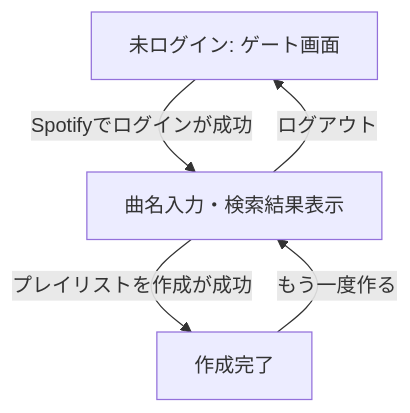
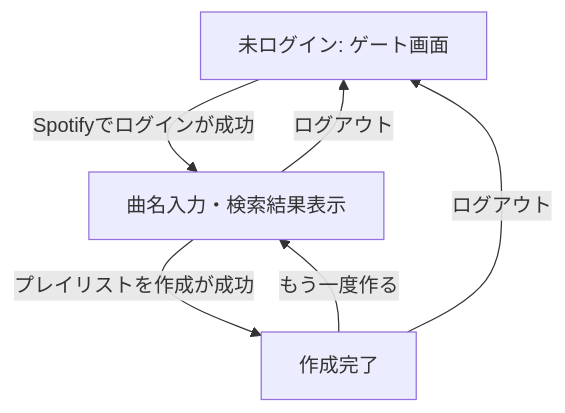
The second of 3 diagrams in specs/spotify-playlist/playlist-create/design.md (zakiyama0108/benriyatool), drawn with Mermaid before and after one commit. The commit also changed other lines of this file and 1 other file, not shown here.

````diff
--- a/specs/spotify-playlist/playlist-create/design.md
+++ b/specs/spotify-playlist/playlist-create/design.md
@@ -133,11 +134,12 @@
 ```mermaid
 flowchart TD
     gate[未ログイン: ゲート画面]
     input[曲名入力・検索結果表示]
     done[作成完了]
 
     gate -->|Spotifyでログインが成功| input
     input -->|ログアウト| gate
     input -->|プレイリストを作成が成功| done
     done -->|もう一度作る| input
+    done -->|ログアウト| gate
 ```
````
